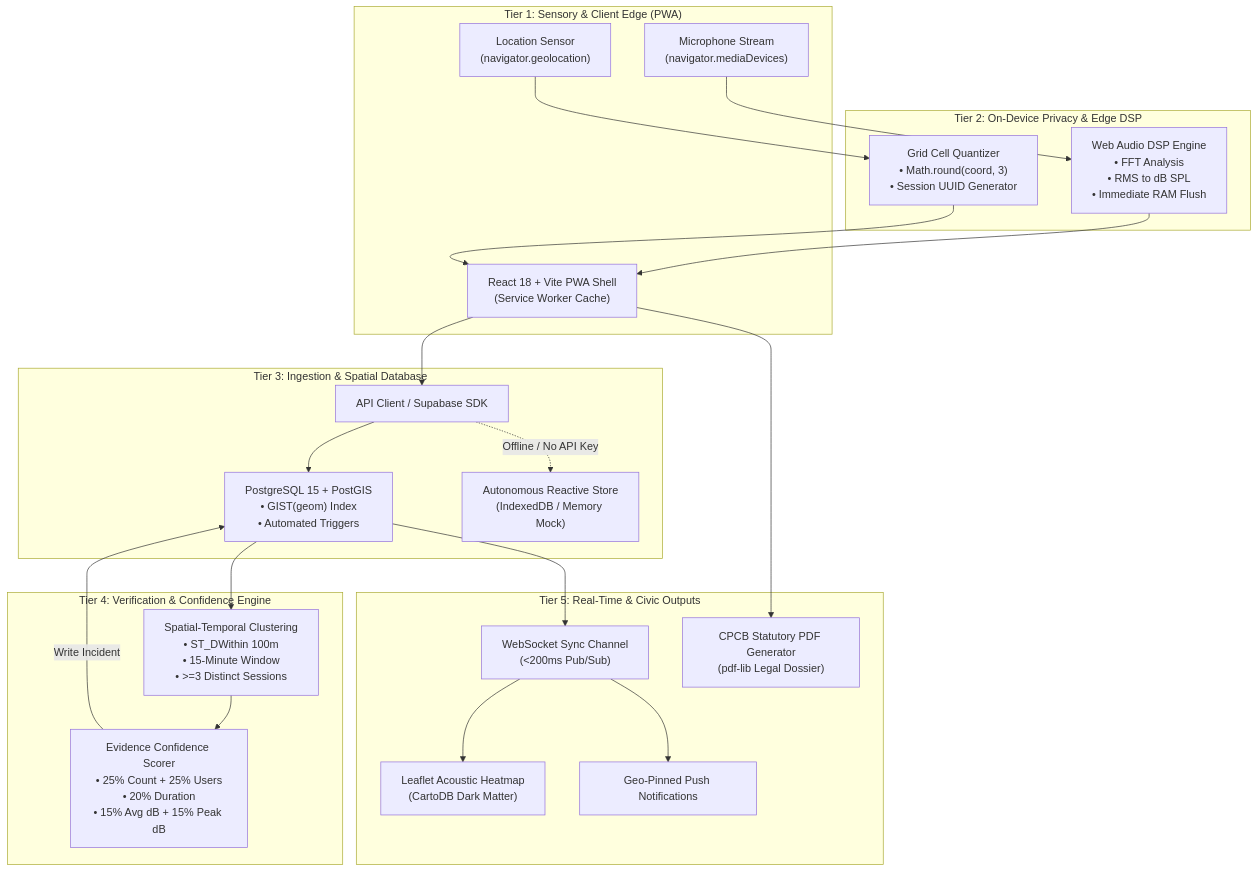
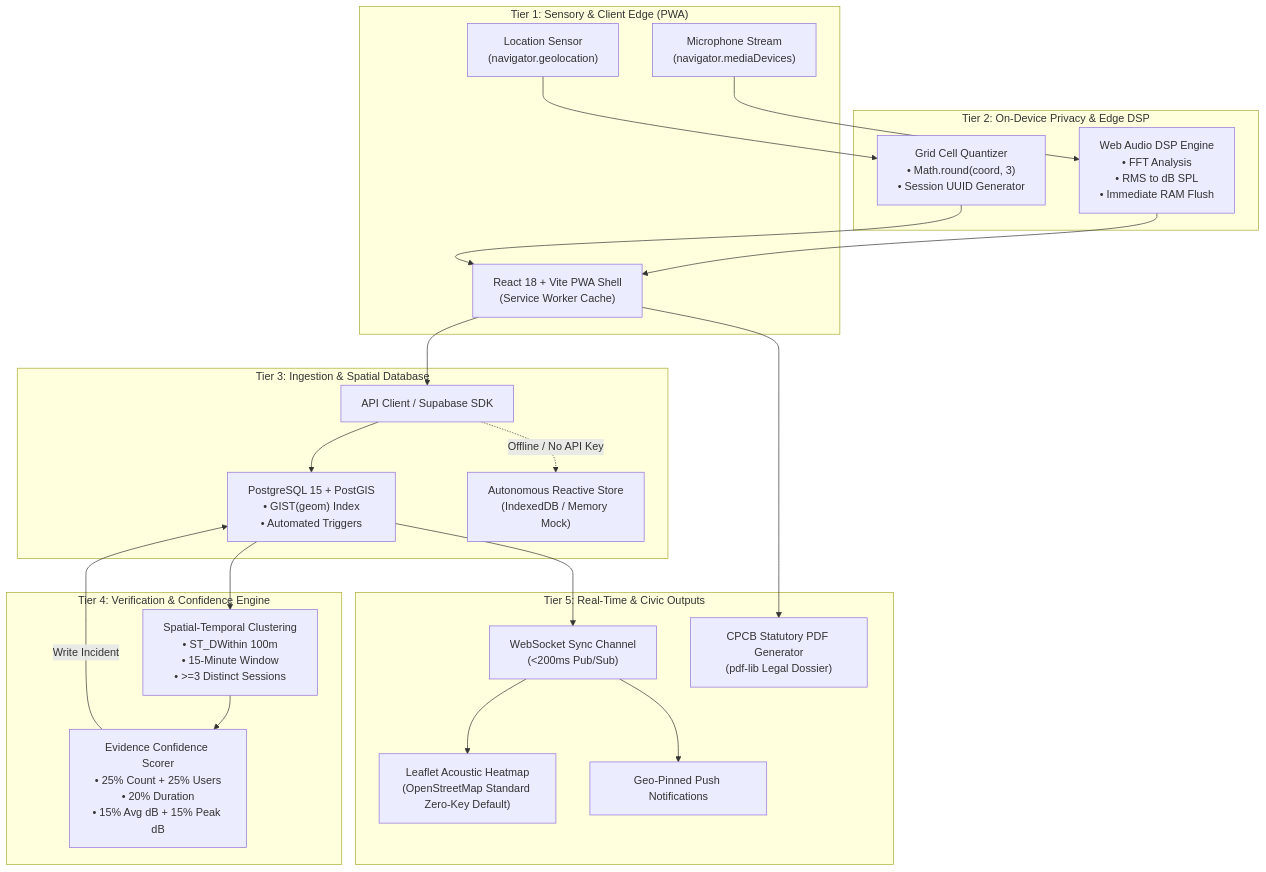
One commit to abhisheksharma075/NoiseMap changed the first of 2 diagrams in ARCHITECTURE.md. Above: the diagram before and after it, drawn with Mermaid. The commit also changed 46 other files, not shown here.

````diff
--- a/ARCHITECTURE.md
+++ b/ARCHITECTURE.md
@@ -23,46 +23,46 @@
 ```mermaid
 flowchart TD
     subgraph T1["Tier 1: Sensory & Client Edge (PWA)"]
         MIC["Microphone Stream<br/>(navigator.mediaDevices)"]
         GPS["Location Sensor<br/>(navigator.geolocation)"]
         PWA["React 18 + Vite PWA Shell<br/>(Service Worker Cache)"]
     end
 
     subgraph T2["Tier 2: On-Device Privacy & Edge DSP"]
         DSP["Web Audio DSP Engine<br/>• FFT Analysis<br/>• RMS to dB SPL<br/>• Immediate RAM Flush"]
         GRID["Grid Cell Quantizer<br/>• Math.round(coord, 3)<br/>• Session UUID Generator"]
     end
 
     subgraph T3["Tier 3: Ingestion & Spatial Database"]
         CLIENT["API Client / Supabase SDK"]
         PG["PostgreSQL 15 + PostGIS<br/>• GIST(geom) Index<br/>• Automated Triggers"]
         LOCAL_FALLBACK["Autonomous Reactive Store<br/>(IndexedDB / Memory Mock)"]
     end
 
     subgraph T4["Tier 4: Verification & Confidence Engine"]
         SPATIAL["Spatial-Temporal Clustering<br/>• ST_DWithin 100m<br/>• 15-Minute Window<br/>• >=3 Distinct Sessions"]
         SCORING["Evidence Confidence Scorer<br/>• 25% Count + 25% Users<br/>• 20% Duration<br/>• 15% Avg dB + 15% Peak dB"]
     end
 
     subgraph T5["Tier 5: Real-Time & Civic Outputs"]
         REALTIME["WebSocket Sync Channel<br/>(<200ms Pub/Sub)"]
-        MAP["Leaflet Acoustic Heatmap<br/>(CartoDB Dark Matter)"]
+        MAP["Leaflet Acoustic Heatmap<br/>(OpenStreetMap Standard Zero-Key Default)"]
         ALERT_SYS["Geo-Pinned Push Notifications"]
         PDF_SYS["CPCB Statutory PDF Generator<br/>(pdf-lib Legal Dossier)"]
     end
 
     MIC --> DSP
     GPS --> GRID
     DSP --> PWA
     GRID --> PWA
     PWA --> CLIENT
     CLIENT --> PG
     CLIENT -.->|Offline / No API Key| LOCAL_FALLBACK
     PG --> SPATIAL
     SPATIAL --> SCORING
     SCORING -->|Write Incident| PG
     PG --> REALTIME
     REALTIME --> MAP
     REALTIME --> ALERT_SYS
     PWA --> PDF_SYS
 ```
````
